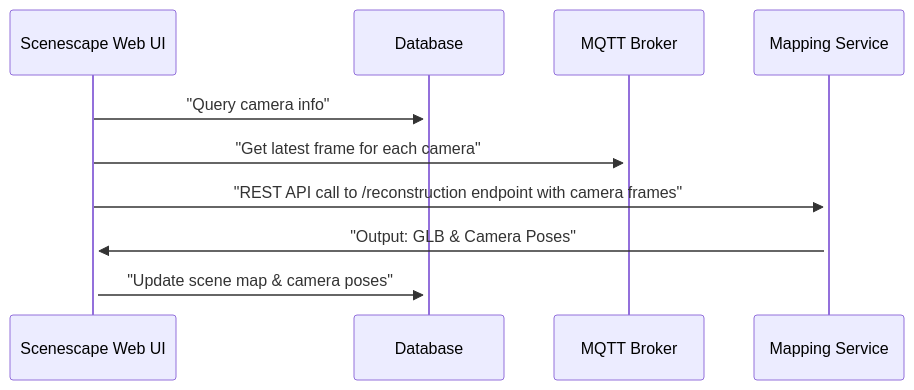
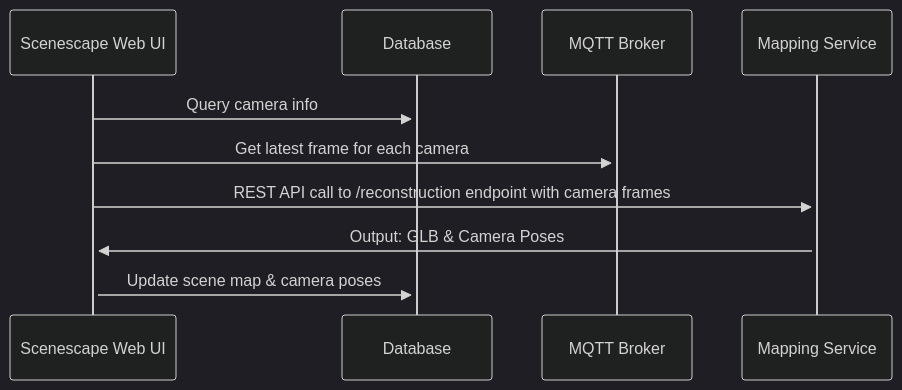
The diagram in docs/user-guide/microservices/mapping-service/mapping-service.md (open-edge-platform/scenescape), drawn with Mermaid before and after one commit. The commit also changed other lines of this file and 16 other files, not shown here.

Commit message:
[DOCS] LiDAR Intersection demo - review, plus review of Mermaid diagrams - 26.2

````diff
--- a/docs/user-guide/microservices/mapping-service/mapping-service.md
+++ b/docs/user-guide/microservices/mapping-service/mapping-service.md
@@ -36,8 +37,11 @@
 ```mermaid
+---
+config: {"theme": "dark"}
+---
 sequenceDiagram
-    Scenescape Web UI ->>+Database: "Query camera info"
-    Scenescape Web UI ->>+MQTT Broker: "Get latest frame for each camera"
-    Scenescape Web UI ->>+Mapping Service: "REST API call to /reconstruction endpoint with camera frames"
-    Mapping Service ->>+Scenescape Web UI: "Output: GLB & Camera Poses"
-    Scenescape Web UI ->>+Database: "Update scene map & camera poses"
+    Scenescape Web UI ->>+Database: Query camera info
+    Scenescape Web UI ->>+MQTT Broker: Get latest frame for each camera
+    Scenescape Web UI ->>+Mapping Service: REST API call to /reconstruction endpoint with camera frames
+    Mapping Service ->>+Scenescape Web UI: Output: GLB & Camera Poses
+    Scenescape Web UI ->>+Database: Update scene map & camera poses
 ```
````
